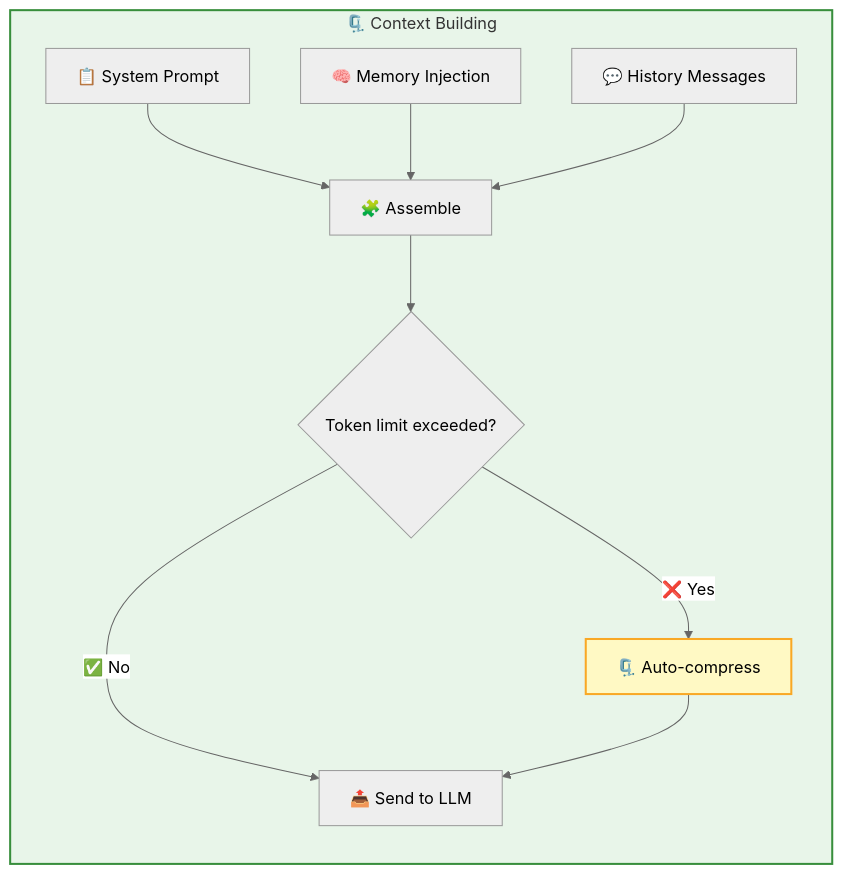
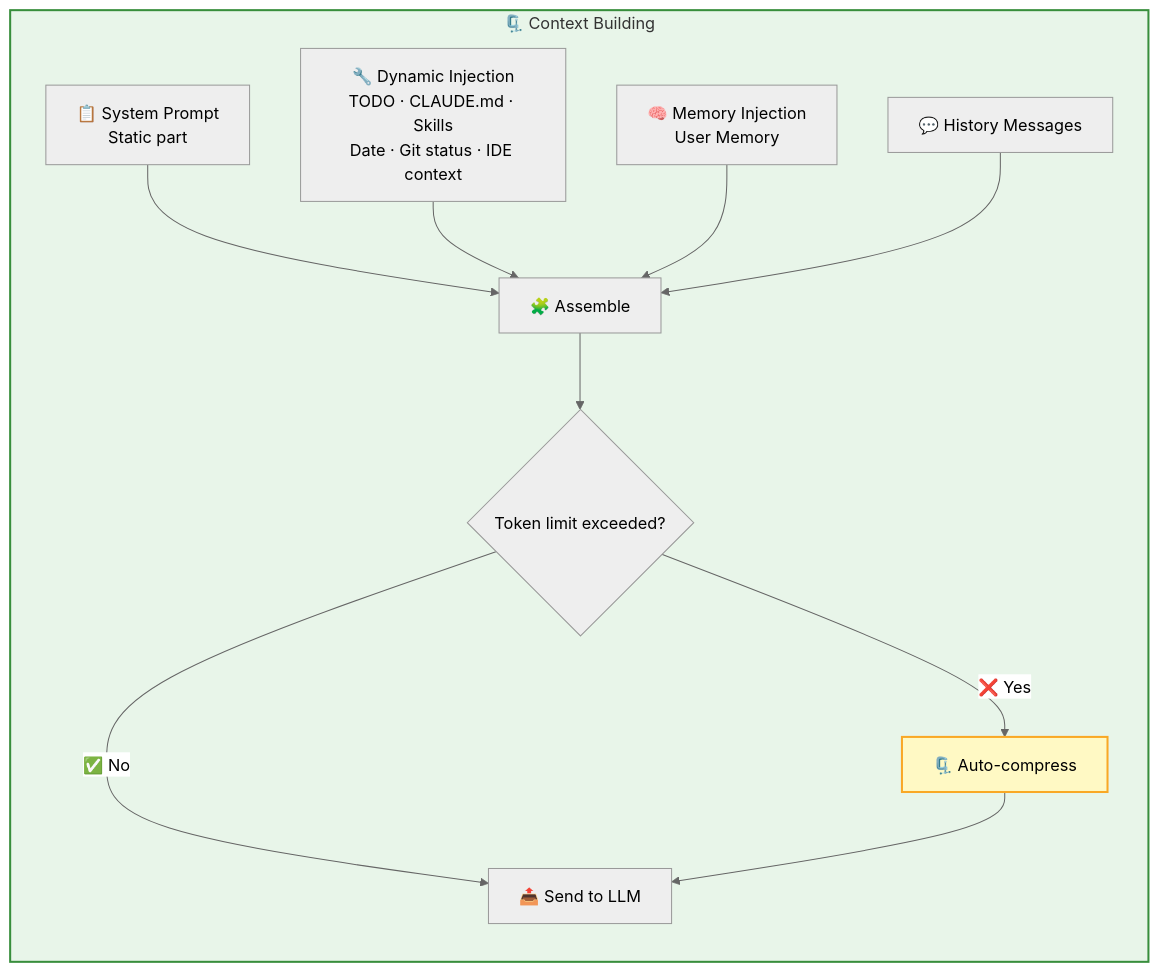
One commit to rtc-agent/docs changed the sixth of 11 diagrams in src/content/docs/en/architecture/backend.md. Above: the diagram before and after it, drawn with Mermaid (neutral theme). The commit also changed other lines of this file and 60 other files, not shown here.

First line of the commit message:
docs(site): refresh documentation with new sections and improved diagrams

````diff
--- a/src/content/docs/en/architecture/backend.md
+++ b/src/content/docs/en/architecture/backend.md
@@ -134,16 +175,17 @@
 ```mermaid
 flowchart LR
     subgraph CTX_FLOW["🗜️ Context Building"]
         direction TB
-        A["📋 System Prompt"] --> D["🧩 Assemble"]
-        B["🧠 Memory Injection"] --> D
-        C["💬 History Messages"] --> D
-        D --> E{"Token limit exceeded?"}
-        E -->|"✅ No"| F["📤 Send to LLM"]
-        E -->|"❌ Yes"| G["🗜️ Auto-compress"]
-        G --> F
+        A["📋 System Prompt<br/>Static part"] --> D["🧩 Assemble"]
+        B["🔧 Dynamic Injection<br/>TODO · CLAUDE.md · Skills<br/>Date · Git status · IDE context"] --> D
+        C["🧠 Memory Injection<br/>User Memory"] --> D
+        E["💬 History Messages"] --> D
+        D --> F{"Token limit exceeded?"}
+        F -->|"✅ No"| G["📤 Send to LLM"]
+        F -->|"❌ Yes"| H["🗜️ Auto-compress"]
+        H --> G
     end
 
     style CTX_FLOW fill:#e8f5e9,stroke:#388e3c,stroke-width:2px
-    style G fill:#fff9c4,stroke:#f9a825,stroke-width:2px
+    style H fill:#fff9c4,stroke:#f9a825,stroke-width:2px
 ```
````
